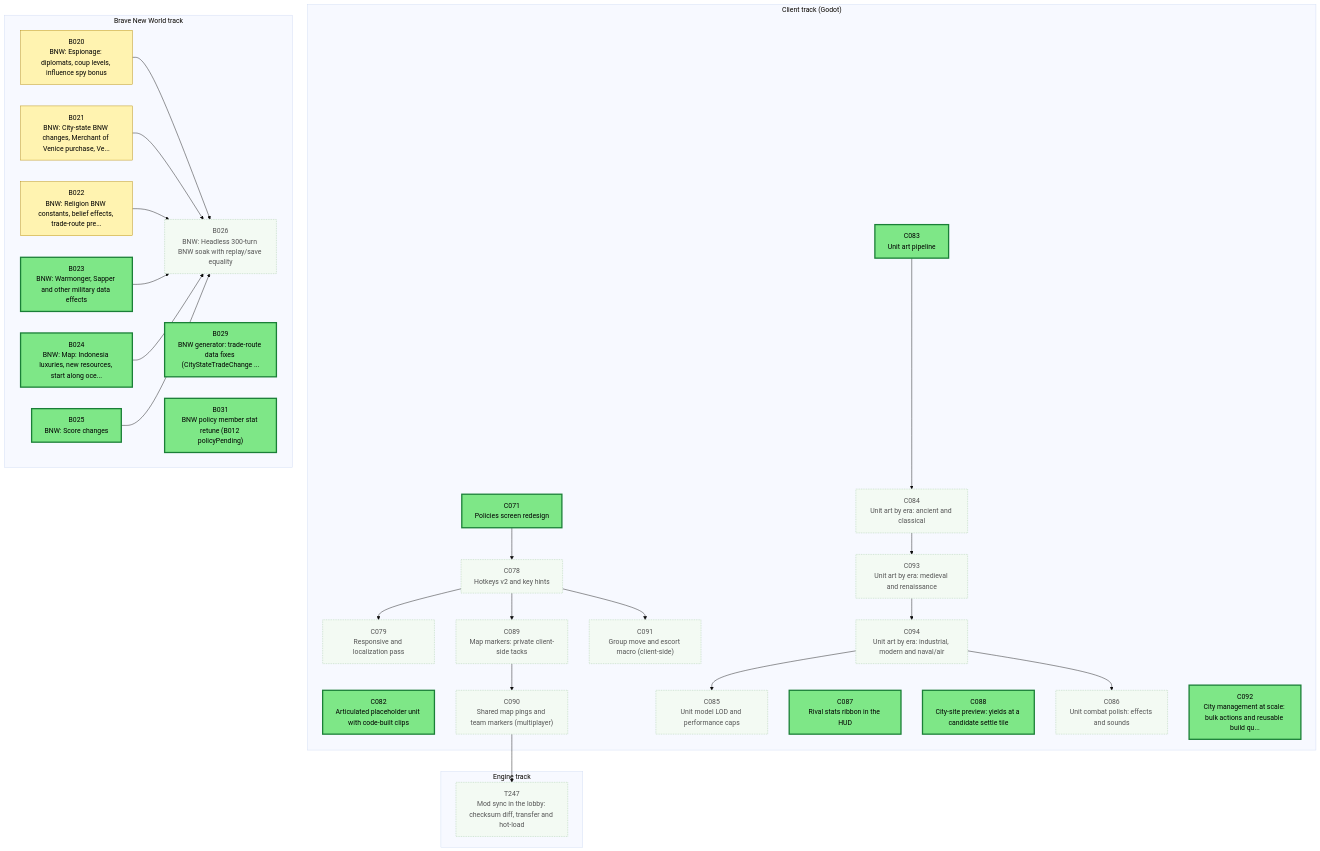
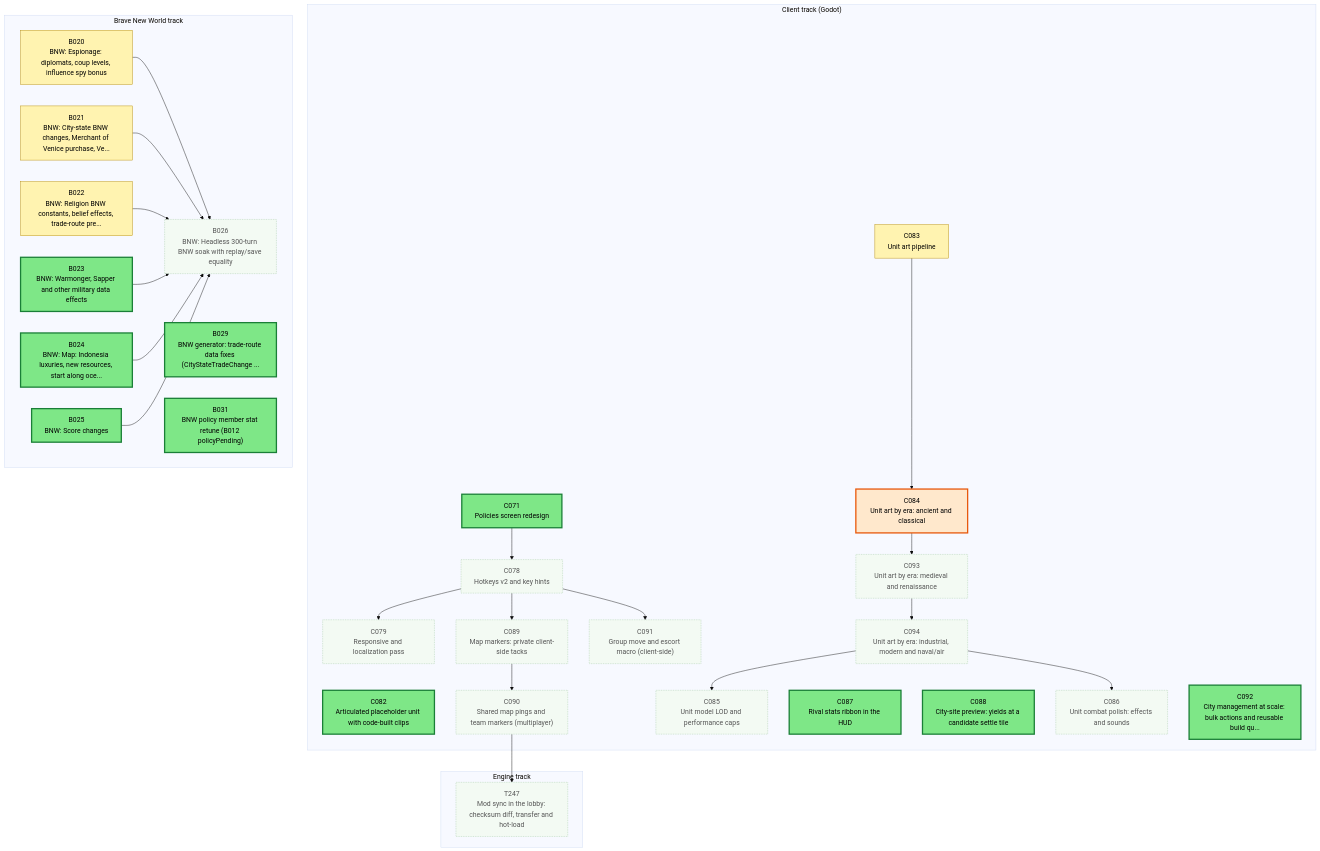
Before and after one commit to Kenmura/Unciv: the first of 3 diagrams in csharp/migration/DEPENDENCY_MAP.md, drawn with Mermaid (base theme). The commit also changed other lines of this file and 1 other file, not shown here.

```diff
--- a/csharp/migration/DEPENDENCY_MAP.md
+++ b/csharp/migration/DEPENDENCY_MAP.md
@@ -93,8 +93,8 @@
   class C078 waiting
   class C079 waiting
   class C082 ready
-  class C083 ready
-  class C084 waiting
+  class C083 prog
+  class C084 ondeck
   class C085 waiting
   class C086 waiting
   class C087 ready
```
